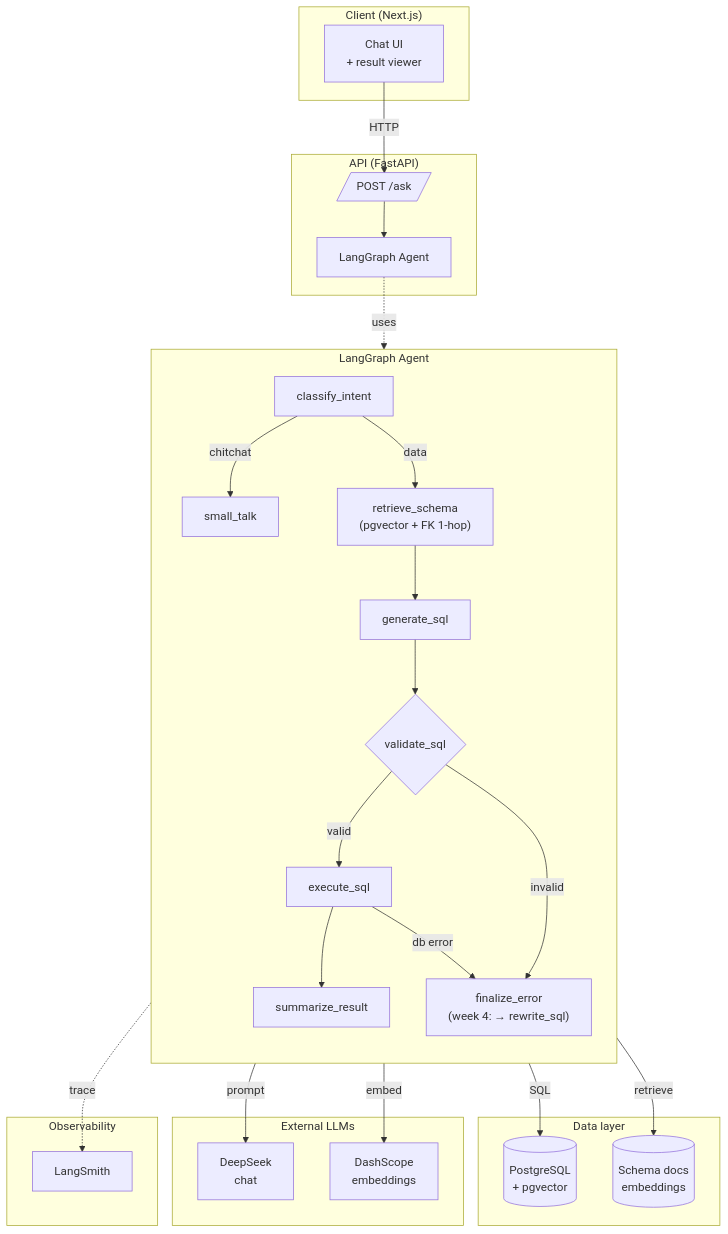
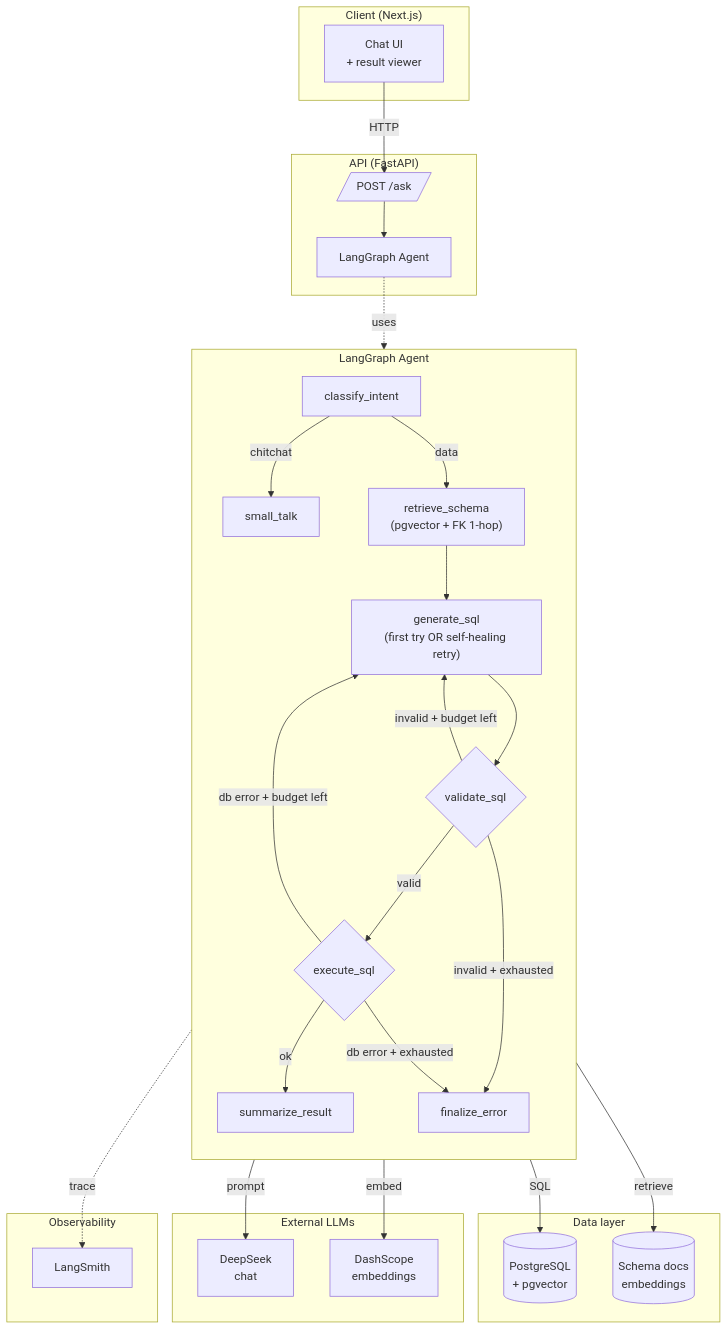
One commit to rachel-zhang-dev/data-copilot changed the diagram in docs/architecture.md. Above: the diagram before and after it, drawn with Mermaid. The commit also changed other lines of this file and 10 other files, not shown here.

````diff
--- a/docs/architecture.md
+++ b/docs/architecture.md
@@ -7,54 +7,57 @@
 ```mermaid
 flowchart TB
     subgraph Client["Client (Next.js)"]
         UI[Chat UI<br/>+ result viewer]
     end
 
     subgraph API["API (FastAPI)"]
         Endpoint[/POST /ask/]
         Graph["LangGraph Agent"]
     end
 
     subgraph Agent["LangGraph Agent"]
         direction TB
         N1["classify_intent"]
         N1b["small_talk"]
         N2["retrieve_schema<br/>(pgvector + FK 1-hop)"]
-        N3["generate_sql"]
+        N3["generate_sql<br/>(first try OR self-healing retry)"]
         N4{"validate_sql"}
-        N5["execute_sql"]
+        N5{"execute_sql"}
         N6["summarize_result"]
-        N7["finalize_error<br/>(week 4: → rewrite_sql)"]
+        N7["finalize_error"]
 
         N1 -- chitchat --> N1b
         N1 -- data --> N2
         N2 --> N3
         N3 --> N4
-        N4 -- valid --> N5 --> N6
-        N4 -- invalid --> N7
-        N5 -- db error --> N7
+        N4 -- valid --> N5
+        N5 -- ok --> N6
+        N4 -- "invalid + budget left" --> N3
+        N4 -- "invalid + exhausted" --> N7
+        N5 -- "db error + budget left" --> N3
+        N5 -- "db error + exhausted" --> N7
     end
 
     subgraph Data["Data layer"]
         PG[(PostgreSQL<br/>+ pgvector)]
         Schema[(Schema docs<br/>embeddings)]
     end
 
     subgraph LLM["External LLMs"]
         DS[DeepSeek<br/>chat]
         DSE[DashScope<br/>embeddings]
     end
 
     subgraph Obs["Observability"]
         LS[LangSmith]
     end
 
     UI -->|HTTP| Endpoint
     Endpoint --> Graph
     Graph -. uses .-> Agent
     Agent -->|SQL| PG
     Agent -->|retrieve| Schema
     Agent -->|prompt| DS
     Agent -->|embed| DSE
     Agent -. trace .-> LS
 ```
````
